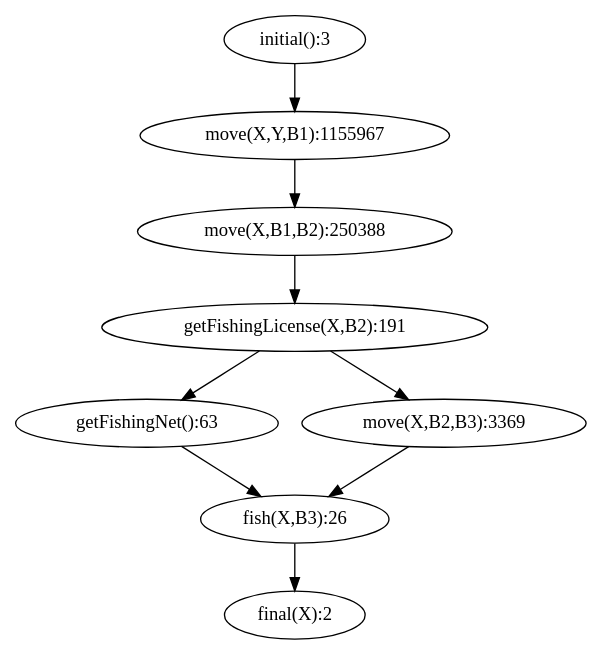
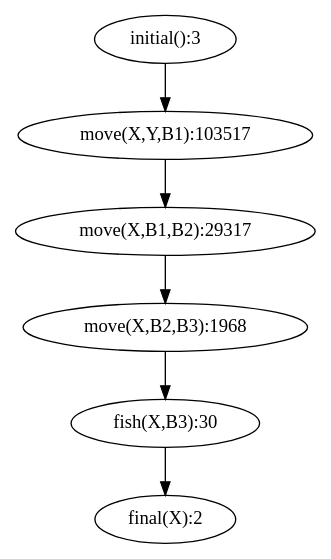
The diagram in output/simplified.png.dot (tokyramarozaka/mimosa-iriela-extension), drawn with Graphviz before and after one commit. The commit also changed 6 other files, not shown here.

```diff
--- a/output/simplified.png.dot
+++ b/output/simplified.png.dot
@@ -1,10 +1,7 @@
 digraph G { 
-  "initial():3" -> "move(X,Y,B1):1155967";
-  "fish(X,B3):26" -> "final(X):2";
-  "getFishingNet():63" -> "fish(X,B3):26";
-  "getFishingLicense(X,B2):191" -> "getFishingNet():63";
-  "getFishingLicense(X,B2):191" -> "move(X,B2,B3):3369";
-  "move(X,B2,B3):3369" -> "fish(X,B3):26";
-  "move(X,B1,B2):250388" -> "getFishingLicense(X,B2):191";
-  "move(X,Y,B1):1155967" -> "move(X,B1,B2):250388";
+  "initial():3" -> "move(X,Y,B1):103517";
+  "fish(X,B3):30" -> "final(X):2";
+  "move(X,B2,B3):1968" -> "fish(X,B3):30";
+  "move(X,B1,B2):29317" -> "move(X,B2,B3):1968";
+  "move(X,Y,B1):103517" -> "move(X,B1,B2):29317";
 }
```
